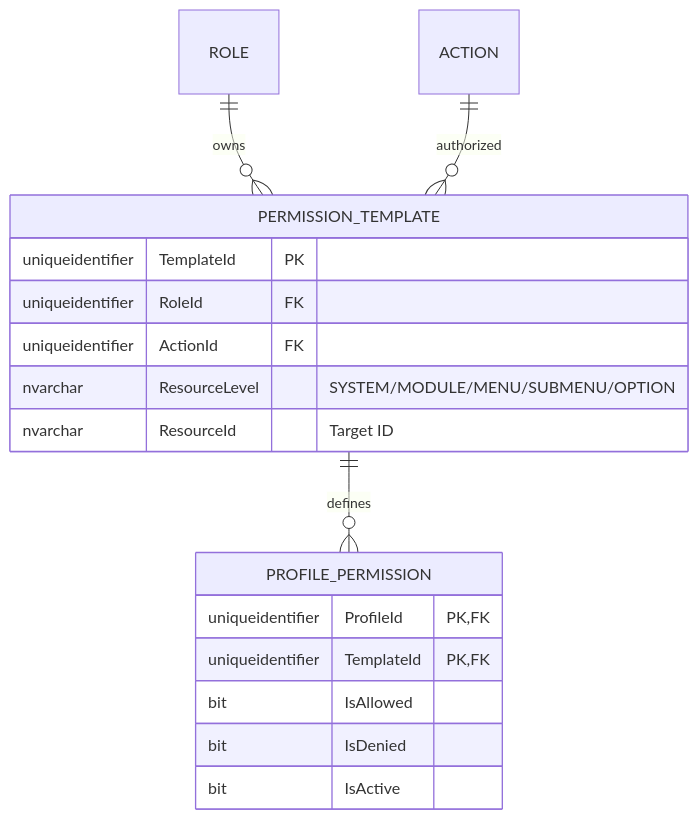
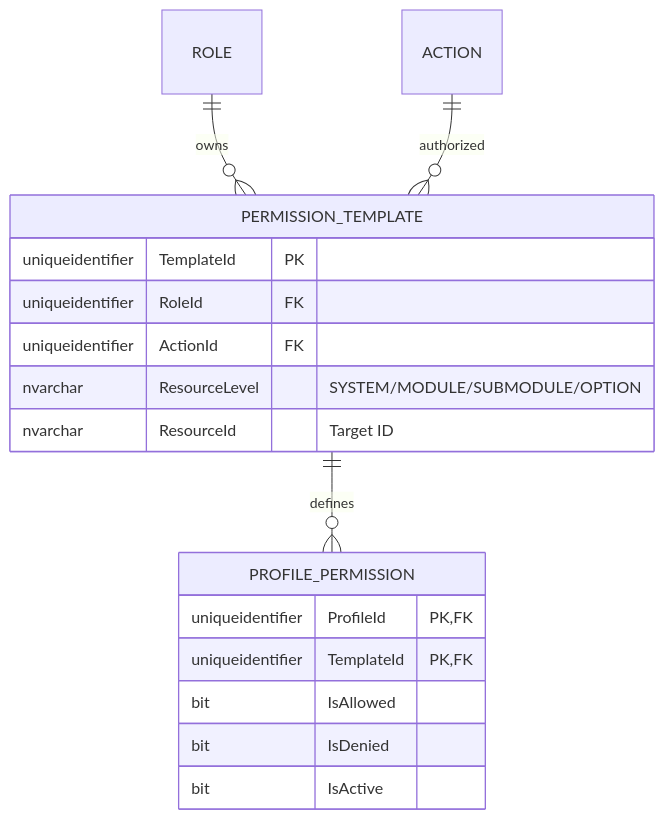
One commit to beyondnetcode/ums changed the second of 3 diagrams in architecture/blueprints/database-design-er.md. Above: the diagram before and after it, drawn with Mermaid. The commit also changed other lines of this file and 2 other files, not shown here.

Commit message:
feat(auth): enforce strict 5-level functional hierarchy in authorization model (EN/ES)

````diff
--- a/architecture/blueprints/database-design-er.md
+++ b/architecture/blueprints/database-design-er.md
@@ -49,22 +48,22 @@
 ```mermaid
 erDiagram
     ROLE ||--o{ PERMISSION_TEMPLATE : "owns"
     PERMISSION_TEMPLATE ||--o{ PROFILE_PERMISSION : "defines"
     ACTION ||--o{ PERMISSION_TEMPLATE : "authorized"
     
     PERMISSION_TEMPLATE {
         uniqueidentifier TemplateId PK
         uniqueidentifier RoleId FK
         uniqueidentifier ActionId FK
-        nvarchar ResourceLevel "SYSTEM/MODULE/MENU/SUBMENU/OPTION"
+        nvarchar ResourceLevel "SYSTEM/MODULE/SUBMODULE/OPTION"
         nvarchar ResourceId "Target ID"
     }
     
     PROFILE_PERMISSION {
         uniqueidentifier ProfileId PK, FK
         uniqueidentifier TemplateId PK, FK
         bit IsAllowed
         bit IsDenied
         bit IsActive
     }
 ```
````
